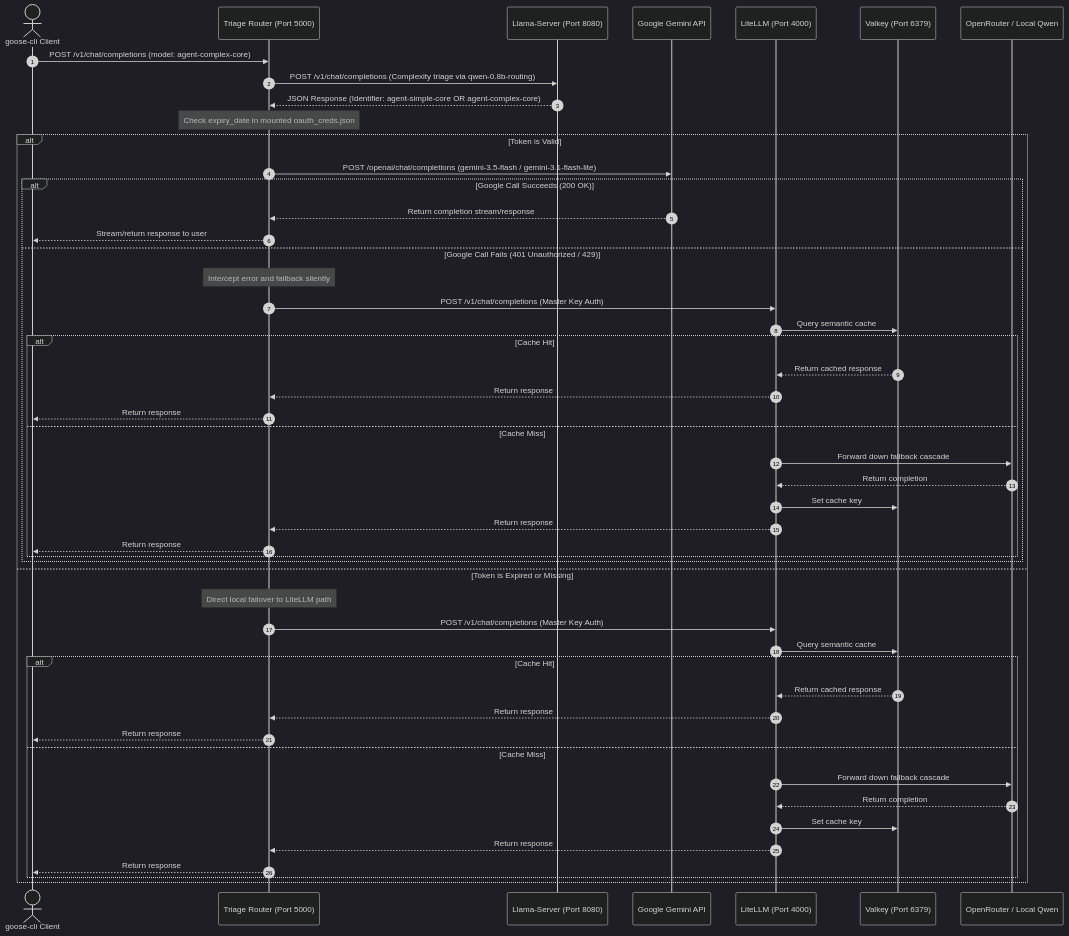
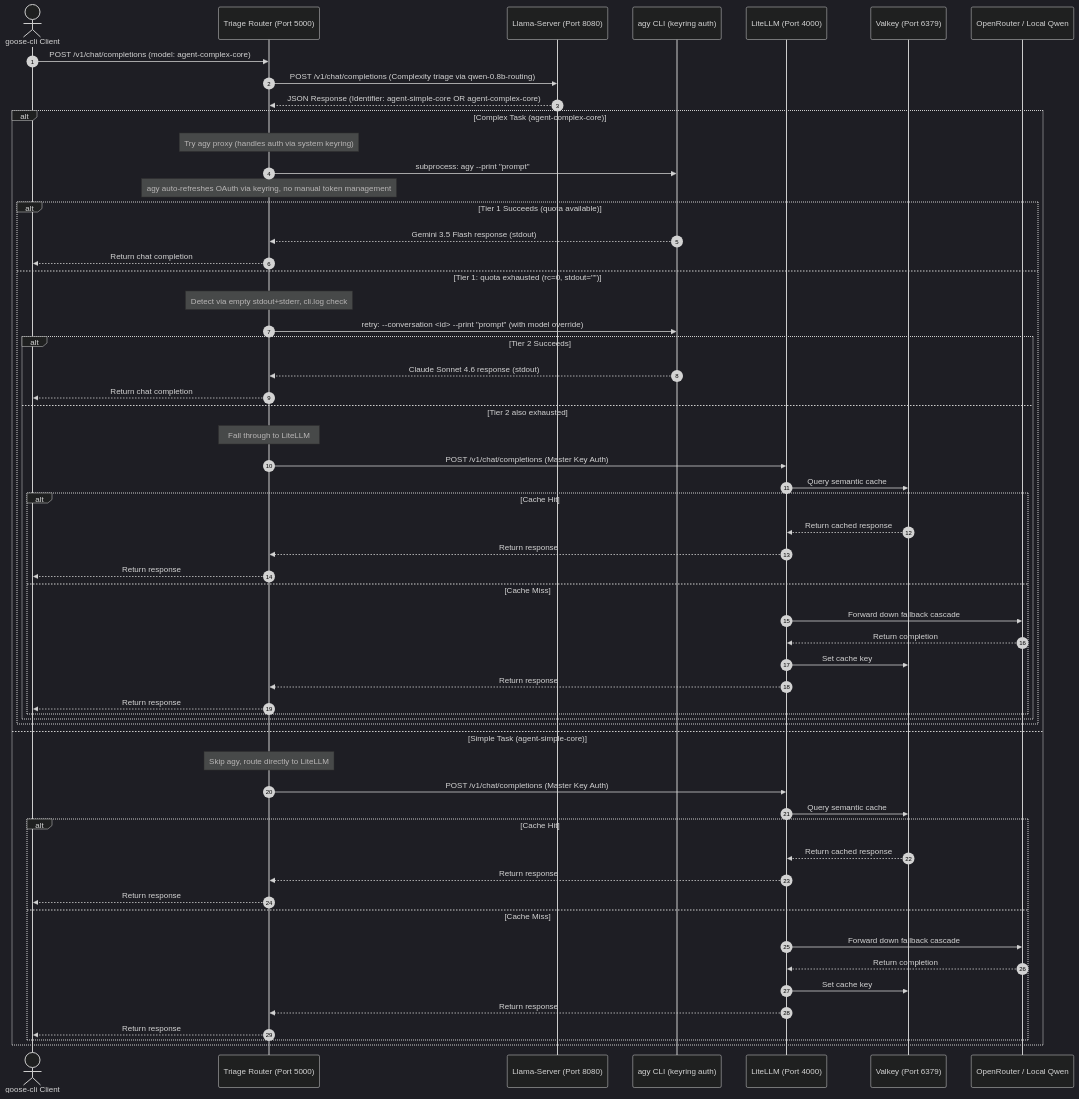
The second of 2 diagrams in README.md (sheepdestroyer/LLM-Routing), drawn with Mermaid (dark theme) before and after one commit. The commit also changed other lines of this file and 7 other files, not shown here.

First line of the commit message:
feat: add agy proxy with 3-tier fallback and session continuation

````diff
--- a/README.md
+++ b/README.md
@@ -57,55 +62,63 @@
 ```mermaid
 sequenceDiagram
     autonumber
     actor Client as goose-cli Client
     participant Router as Triage Router (Port 5000)
     participant Llama as Llama-Server (Port 8080)
-    participant Google as Google Gemini API
+    participant Agy as agy CLI (keyring auth)
     participant Proxy as LiteLLM (Port 4000)
     participant Cache as Valkey (Port 6379)
     participant Provider as OpenRouter / Local Qwen
 
     Client->>Router: POST /v1/chat/completions (model: agent-complex-core)
     Router->>Llama: POST /v1/chat/completions (Complexity triage via qwen-0.8b-routing)
     Llama-->>Router: JSON Response (Identifier: agent-simple-core OR agent-complex-core)
     
-    Note over Router: Check expiry_date in mounted oauth_creds.json
-    
-    alt Token is Valid
-        Router->>Google: POST /openai/chat/completions (gemini-3.5-flash / gemini-3.1-flash-lite)
-        alt Google Call Succeeds (200 OK)
-            Google-->>Router: Return completion stream/response
-            Router-->>Client: Stream/return response to user
-        else Google Call Fails (401 Unauthorized / 429)
-            Note over Router: Intercept error and fallback silently
-            Router->>Proxy: POST /v1/chat/completions (Master Key Auth)
-            Proxy->>Cache: Query semantic cache
-            alt Cache Hit
-                Cache-->>Proxy: Return cached response
-                Proxy-->>Router: Return response
-                Router-->>Client: Return response
-            else Cache Miss
-                Proxy->>Provider: Forward down fallback cascade
-                Provider-->>Proxy: Return completion
-                Proxy->>Cache: Set cache key
-                Proxy-->>Router: Return response
-                Router-->>Client: Return response
+    alt Complex Task (agent-complex-core)
+        Note over Router: Try agy proxy (handles auth via system keyring)
+        Router->>Agy: subprocess: agy --print "prompt"
+        Note over Router: agy auto-refreshes OAuth via keyring, no manual token management
+        
+        alt Tier 1 Succeeds (quota available)
+            Agy-->>Router: Gemini 3.5 Flash response (stdout)
+            Router-->>Client: Return chat completion
+        else Tier 1: quota exhausted (rc=0, stdout="")
+            Note over Router: Detect via empty stdout+stderr, cli.log check
+            Router->>Agy: retry: --conversation <id> --print "prompt" (with model override)
+            alt Tier 2 Succeeds
+                Agy-->>Router: Claude Sonnet 4.6 response (stdout)
+                Router-->>Client: Return chat completion
+            else Tier 2 also exhausted
+                Note over Router: Fall through to LiteLLM
+                Router->>Proxy: POST /v1/chat/completions (Master Key Auth)
+                Proxy->>Cache: Query semantic cache
+                alt Cache Hit
+                    Cache-->>Proxy: Return cached response
+                    Proxy-->>Router: Return response
+                    Router-->>Client: Return response
+                else Cache Miss
+                    Proxy->>Provider: Forward down fallback cascade
+                    Provider-->>Proxy: Return completion
+                    Proxy->>Cache: Set cache key
+                    Proxy-->>Router: Return response
+                    Router-->>Client: Return response
+                end
             end
         end
-    else Token is Expired or Missing
-        Note over Router: Direct local failover to LiteLLM path
+    else Simple Task (agent-simple-core)
+        Note over Router: Skip agy, route directly to LiteLLM
         Router->>Proxy: POST /v1/chat/completions (Master Key Auth)
         Proxy->>Cache: Query semantic cache
         alt Cache Hit
             Cache-->>Proxy: Return cached response
             Proxy-->>Router: Return response
             Router-->>Client: Return response
         else Cache Miss
             Proxy->>Provider: Forward down fallback cascade
             Provider-->>Proxy: Return completion
             Proxy->>Cache: Set cache key
             Proxy-->>Router: Return response
             Router-->>Client: Return response
         end
     end
 ```
````
